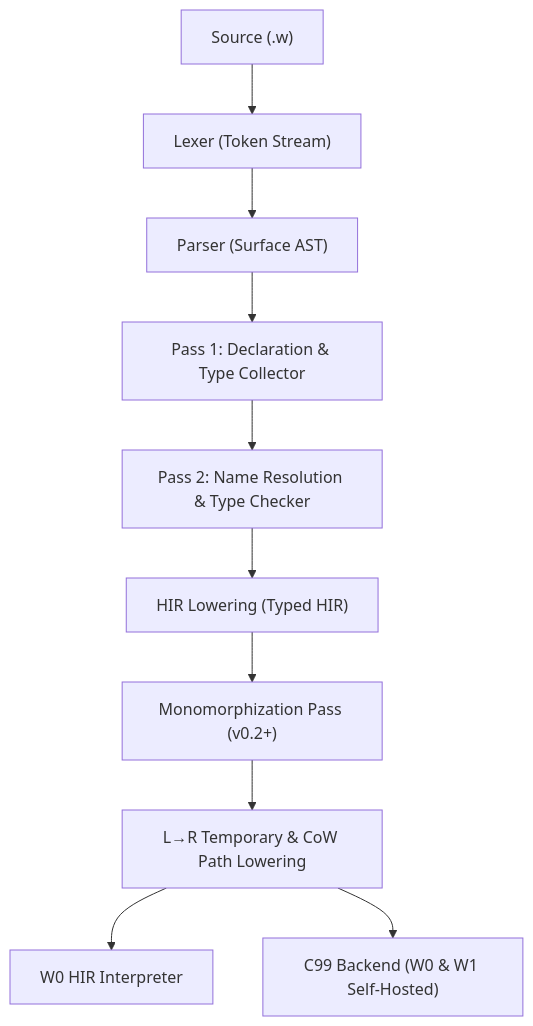
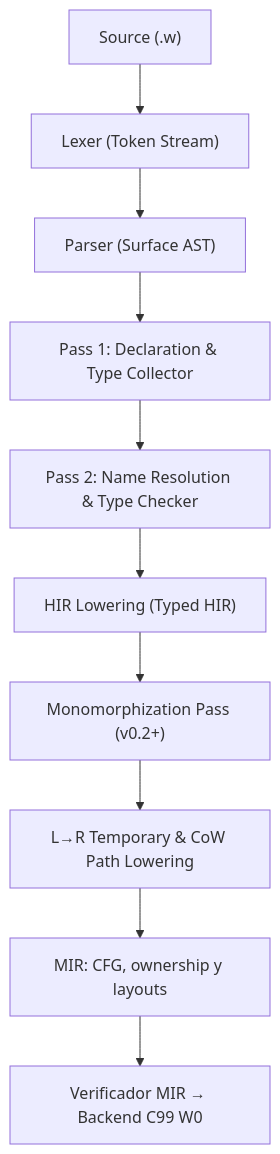
One commit to WashingtonYandun/W changed the diagram in docs/HIR_DESIGN.md. Above: the diagram before and after it, drawn with Mermaid. The commit also changed other lines of this file and 41 other files, not shown here.

Commit message:
Lower verified HIR to MIR and specialize scalar execution

````diff
--- a/docs/HIR_DESIGN.md
+++ b/docs/HIR_DESIGN.md
@@ -35,12 +35,12 @@
 ```mermaid
 flowchart TD
     A["Source (.w)"] --> B["Lexer (Token Stream)"]
     B --> C["Parser (Surface AST)"]
     C --> D["Pass 1: Declaration & Type Collector"]
     D --> E["Pass 2: Name Resolution & Type Checker"]
     E --> F["HIR Lowering (Typed HIR)"]
     F --> G["Monomorphization Pass (v0.2+)"]
     G --> H["L→R Temporary & CoW Path Lowering"]
-    H --> I["W0 HIR Interpreter"]
-    H --> J["C99 Backend (W0 & W1 Self-Hosted)"]
+    H --> I["MIR: CFG, ownership y layouts"]
+    I --> J["Verificador MIR → Backend C99 W0"]
 ```
````
